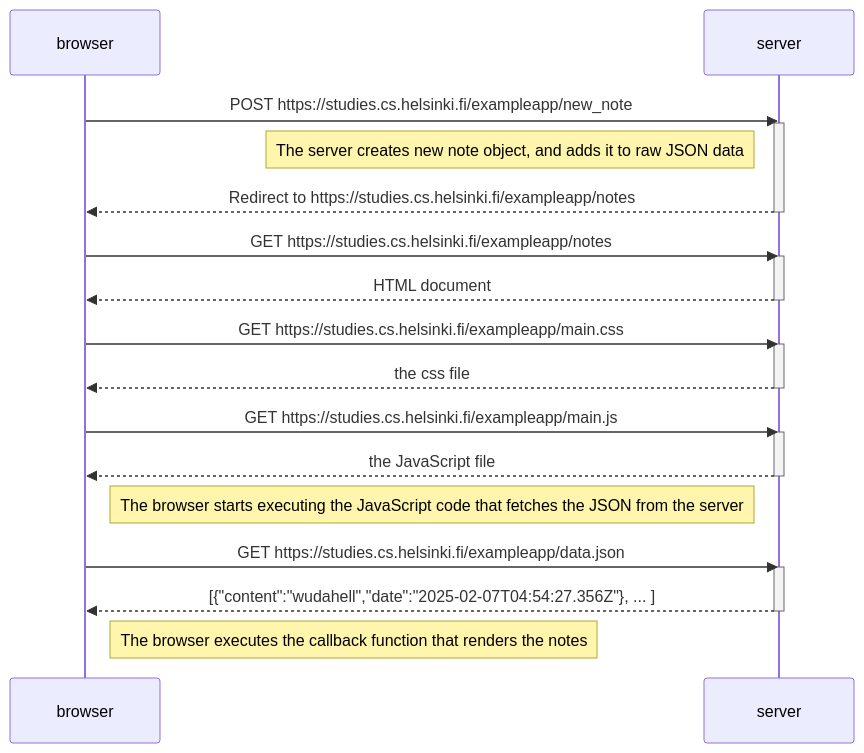
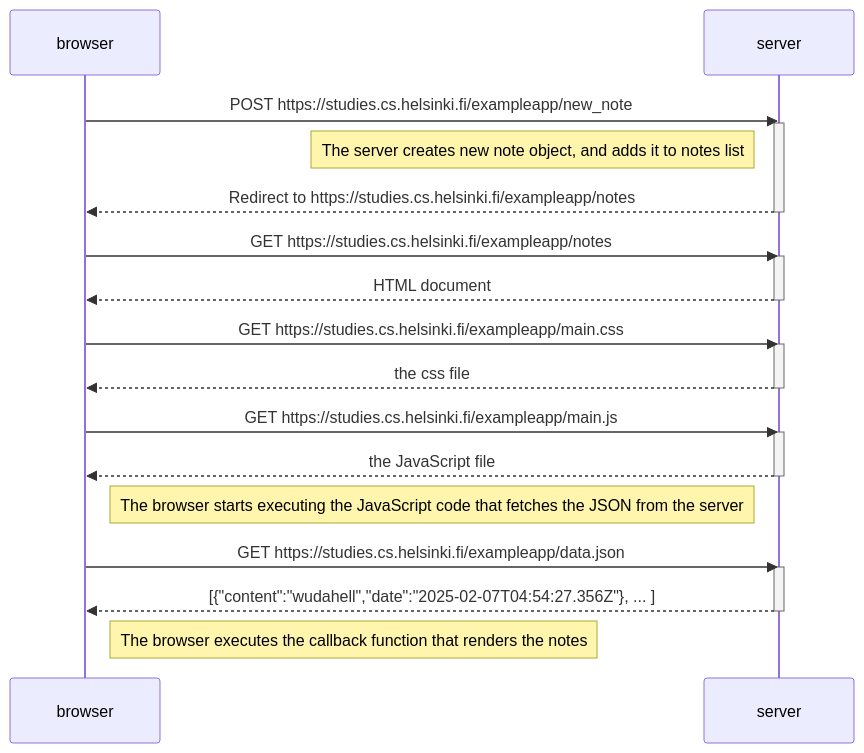
The diagram in osa_0/new_note.md (jukaveka/fullstack-palautukset), drawn with Mermaid before and after one commit.

````diff
--- a/osa_0/new_note.md
+++ b/osa_0/new_note.md
@@ -1,35 +1,35 @@
 ```mermaid 
 sequenceDiagram
     participant browser
     participant server
 
     browser->>server: POST https://studies.cs.helsinki.fi/exampleapp/new_note
     activate server
-    Note left of server: The server creates new note object, and adds it to raw JSON data
+    Note left of server: The server creates new note object, and adds it to notes list
     server-->>browser: Redirect to https://studies.cs.helsinki.fi/exampleapp/notes
     deactivate server
     
     browser->>server: GET https://studies.cs.helsinki.fi/exampleapp/notes
     activate server
     server-->>browser: HTML document
     deactivate server
     
     browser->>server: GET https://studies.cs.helsinki.fi/exampleapp/main.css
     activate server
     server-->>browser: the css file
     deactivate server
     
     browser->>server: GET https://studies.cs.helsinki.fi/exampleapp/main.js
     activate server
     server-->>browser: the JavaScript file
     deactivate server
     
     Note right of browser: The browser starts executing the JavaScript code that fetches the JSON from the server
     
     browser->>server: GET https://studies.cs.helsinki.fi/exampleapp/data.json
     activate server
     server-->>browser: [{"content":"wudahell","date":"2025-02-07T04:54:27.356Z"}, ... ]
     deactivate server    
 
     Note right of browser: The browser executes the callback function that renders the notes
 ```
````
